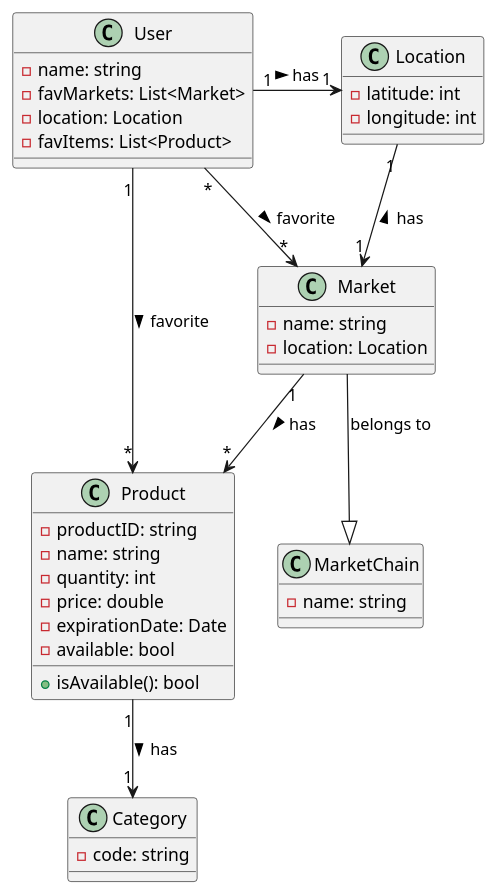
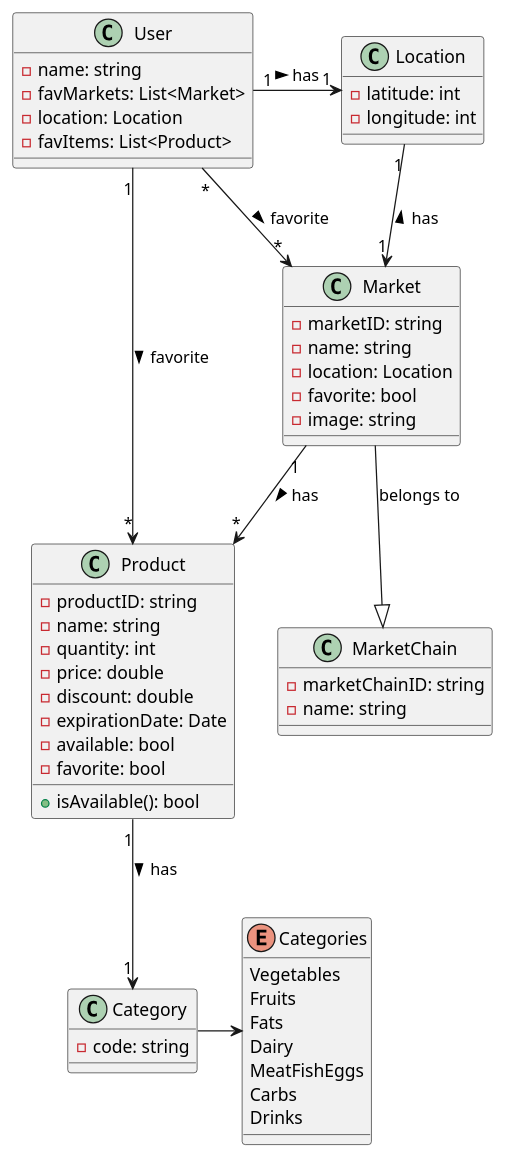
One commit to leonor-f/FoodRescueApp changed the diagram in docs/DomainModel.puml. Above: the diagram before and after it, drawn with PlantUML.

```diff
--- a/docs/DomainModel.puml
+++ b/docs/DomainModel.puml
@@ -1,49 +1,66 @@
 @startuml
 
 class User {
     -name: string
     -favMarkets: List<Market>
     -location: Location
     -favItems: List<Product>
 }
 
 class Product {
     -productID: string
     -name: string
     -quantity: int
     -price: double
+    -discount: double
     -expirationDate: Date
     -available: bool
+    -favorite: bool
     +isAvailable(): bool
 }
 
 class Category {
     -code: string
+}
+
+enum Categories {
+    Vegetables
+    Fruits
+    Fats
+    Dairy
+    MeatFishEggs
+    Carbs
+    Drinks
 }
 
 class Location {
     -latitude: int
     -longitude: int
 }
 
 class Market {
+    -marketID: string
     -name: string
     -location: Location
+    -favorite: bool
+    -image: string
 }
 
 class MarketChain {
+    -marketChainID: string
     -name: string
 }
 
 User "1" --> "*" Product: favorite >
 User "1" -> "1" Location: has >
 User "*" --> "*" Market: favorite >
 Location "1" --> "1" Market: has <
 Market "1" --> "*" Product: has >
 Product "1" --> "1" Category: has >
 Market --|> MarketChain: belongs to
+Category -> Categories
 
 ' ...>
 ' ..|> : implements
 
 @enduml
```
